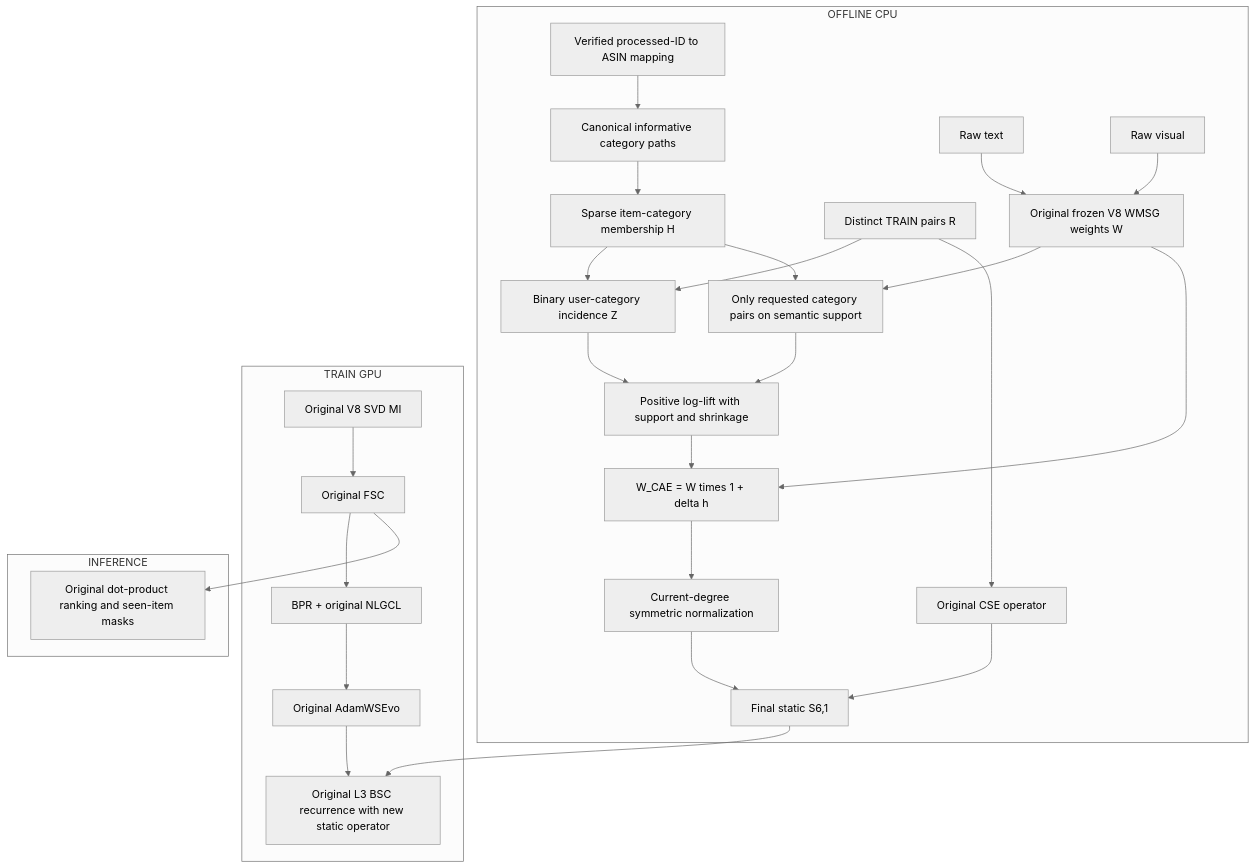
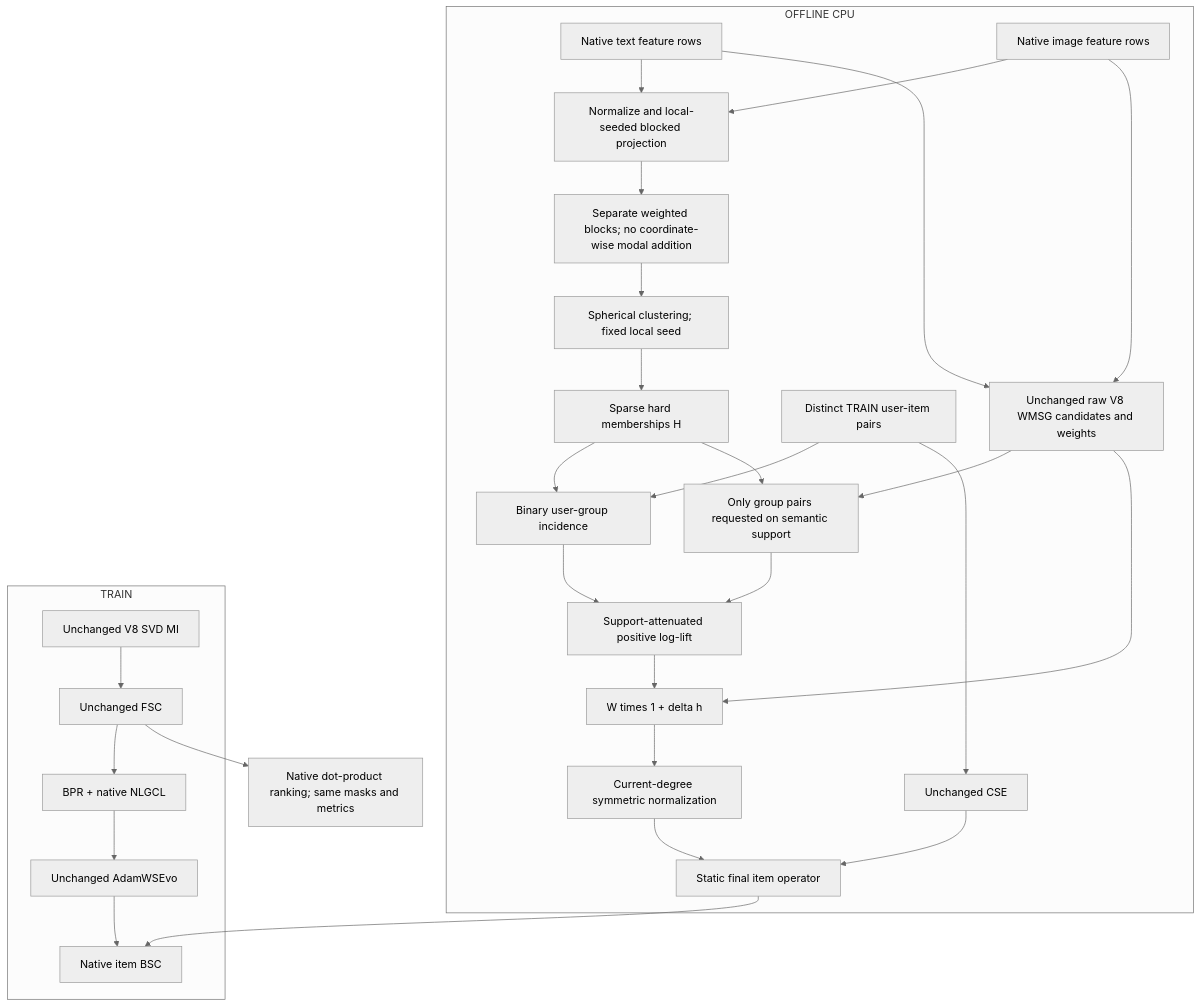
Before and after one commit to ThanhChuong12/STAIR-Enhanced: the diagram in docs/giai_doan_6/STAIR6_v1_Report.md, drawn with Mermaid (neutral theme). The commit also changed other lines of this file and 28 other files, not shown here.

Commit message:
feat(stair6_v1): implement LCAE-WMSG-CSE with latent category clustering and update training notebook

````diff
--- a/docs/giai_doan_6/STAIR6_v1_Report.md
+++ b/docs/giai_doan_6/STAIR6_v1_Report.md
@@ -222,31 +79,32 @@
 ```mermaid
 flowchart TB
-  subgraph OFF[OFFLINE CPU]
-    MAP[Verified processed-ID to ASIN mapping] --> META[Canonical informative category paths]
-    META --> H[Sparse item-category membership H]
-    TRAIN[Distinct TRAIN pairs R] --> Z[Binary user-category incidence Z]
+  subgraph CPU[OFFLINE CPU]
+    T[Native text feature rows] --> P[Normalize and local-seeded blocked projection]
+    V[Native image feature rows] --> P
+    P --> X[Separate weighted blocks; no coordinate-wise modal addition]
+    X --> CL[Spherical clustering; fixed local seed]
+    CL --> H[Sparse hard memberships H]
+    R[Distinct TRAIN user-item pairs] --> Z[Binary user-group incidence]
     H --> Z
-    TXT[Raw text] --> W[Original frozen V8 WMSG weights W]
-    IMG[Raw visual] --> W
-    W --> PAIRS[Only requested category pairs on semantic support]
-    H --> PAIRS
-    Z --> SCORE[Positive log-lift with support and shrinkage]
-    PAIRS --> SCORE
-    SCORE --> ENR[W_CAE = W times 1 + delta h]
-    W --> ENR
-    ENR --> SEM[Current-degree symmetric normalization]
-    TRAIN --> CF[Original CSE operator]
-    SEM --> S[Final static S6,1]
-    CF --> S
+    T --> W[Unchanged raw V8 WMSG candidates and weights]
+    V --> W
+    W --> Q[Only group pairs requested on semantic support]
+    H --> Q
+    Q --> A[Support-attenuated positive log-lift]
+    Z --> A
+    A --> EN[W times 1 + delta h]
+    W --> EN
+    EN --> N[Current-degree symmetric normalization]
+    R --> CF[Unchanged CSE]
+    CF --> S[Static final item operator]
+    N --> S
   end
-  subgraph GPU[TRAIN GPU]
-    MI[Original V8 SVD MI] --> FSC[Original FSC]
-    FSC --> LOSS[BPR + original NLGCL]
-    LOSS --> ADAM[Original AdamWSEvo]
-    S --> BSC[Original L3 BSC recurrence with new static operator]
+  subgraph TRAIN[TRAIN]
+    MI[Unchanged V8 SVD MI] --> FSC[Unchanged FSC]
+    FSC --> LOSS[BPR + native NLGCL]
+    LOSS --> ADAM[Unchanged AdamWSEvo]
+    S --> BSC[Native item BSC]
     ADAM --> BSC
   end
-  subgraph INF[INFERENCE]
-    FSC --> RANK[Original dot-product ranking and seen-item masks]
-  end
+  FSC --> SCORE[Native dot-product ranking; same masks and metrics]
 ```
````
